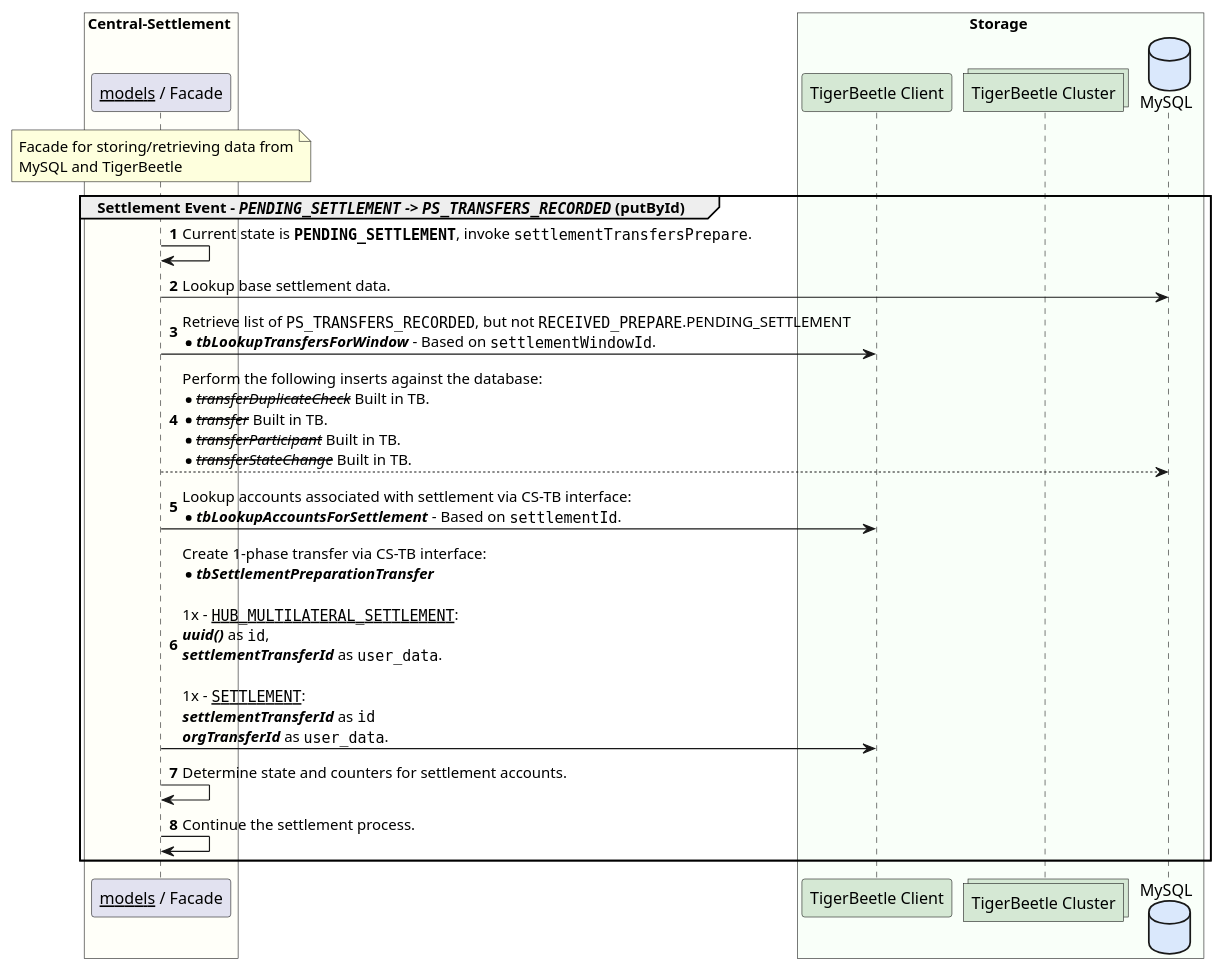
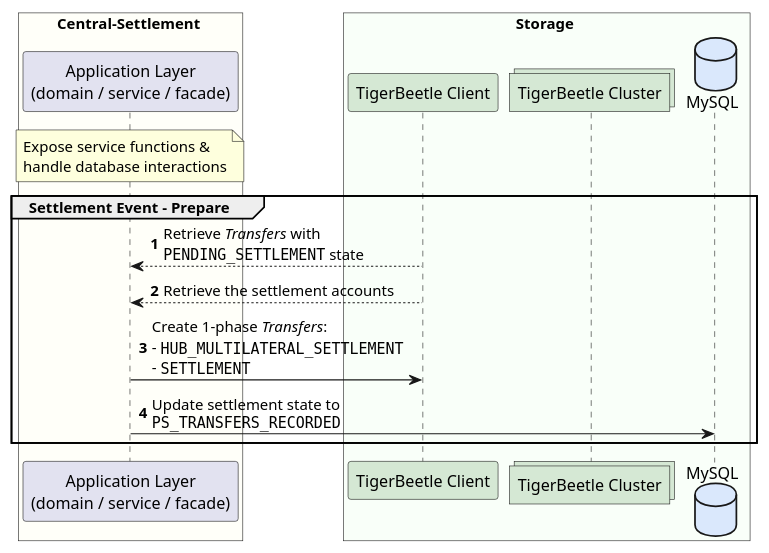
The diagram in solution_design/sequence-settlement-tb-enabled-update-by-id-01.puml (coilhq/mucoa), drawn with PlantUML before and after one commit. The commit also changed 28 other files, not shown here.

```diff
--- a/solution_design/sequence-settlement-tb-enabled-update-by-id-01.puml
+++ b/solution_design/sequence-settlement-tb-enabled-update-by-id-01.puml
@@ -1,30 +1,32 @@
 @startuml
 
 box Central-Settlement #FFFFF9
-    participant "__models__ / Facade" as cs_facade
+    participant "Application Layer\n(domain / service / facade)" as cs_domain
 
-    note over cs_facade
-        Facade for storing/retrieving data from
-        MySQL and TigerBeetle
+    note over cs_domain
+        Expose service functions &
+        handle database interactions
     end note
 end box
 
 box Storage #F9FFF9
 	participant "TigerBeetle Client" as tb_client #D5E8D4
 	collections "TigerBeetle Cluster" as tb_nodes #D5E8D4
-	database "MySQL" as cl_db #DAE8FC
+	database "MySQL" as cs_db #DAE8FC
 end box
 
 autonumber
-group Settlement Event - //""PENDING_SETTLEMENT"" -> ""PS_TRANSFERS_RECORDED""// (putById)
-    cs_facade -> cs_facade : Current state is **""PENDING_SETTLEMENT""**, invoke ""settlementTransfersPrepare"".
-    cs_facade -> cl_db : Lookup base settlement data.
-    cs_facade -> tb_client : Retrieve list of ""PS_TRANSFERS_RECORDED"", but not ""RECEIVED_PREPARE"".PENDING_SETTLEMENT \n*//**tbLookupTransfersForWindow**// - Based on ""settlementWindowId"".
-    cs_facade --> cl_db : Perform the following inserts against the database:\n*--//transferDuplicateCheck//-- Built in TB.\n*--//transfer//-- Built in TB.\n*--//transferParticipant//-- Built in TB.\n*--//transferStateChange//-- Built in TB.
-    cs_facade -> tb_client : Lookup accounts associated with settlement via CS-TB interface:\n*//**tbLookupAccountsForSettlement**// - Based on ""settlementId"".
-    cs_facade -> tb_client : Create 1-phase transfer via CS-TB interface:\n*//**tbSettlementPreparationTransfer**//\n\n1x - __""HUB_MULTILATERAL_SETTLEMENT""__:\n**//uuid()//** as ""id"",\n**//settlementTransferId//** as ""user_data"".\n\n1x - __""SETTLEMENT""__:\n**//settlementTransferId//** as ""id""\n**//orgTransferId//** as ""user_data"".
-    cs_facade -> cs_facade : Determine state and counters for settlement accounts.
-    cs_facade -> cs_facade : Continue the settlement process.
+group Settlement Event - Prepare
+'group settlementTransfersPrepare Event
+    cs_domain <-- tb_client : Retrieve //Transfers// with \n""PENDING_SETTLEMENT"" state
+    'cs_domain -> tb_client : Retrieve list of ""PS_TRANSFERS_RECORDED"", but not ""RECEIVED_PREPARE"".PENDING_SETTLEMENT \n*//**tbLookupTransfersForWindow**// - Based on ""settlementWindowId"".
+    cs_domain <-- tb_client : Retrieve the settlement accounts
+    cs_domain -> tb_client : Create 1-phase //Transfers//:\n- ""HUB_MULTILATERAL_SETTLEMENT""\n- ""SETTLEMENT""
+    cs_domain -> cs_db : Update settlement state to \n""PS_TRANSFERS_RECORDED""
+    'cs_domain -> tb_client : Create 1-phase transfer via CS-TB interface:\n*//**tbSettlementPreparationTransfer**//\n\n1x - __""HUB_MULTILATERAL_SETTLEMENT""__:\n**//uuid()//** as ""id"",\n**//settlementTransferId//** as ""user_data"".\n\n1x - __""SETTLEMENT""__:\n**//settlementTransferId//** as ""id""\n**//orgTransferId//** as ""user_data"".
+    'cs_domain -> cs_domain : Update settlement state to \n""PS_TRANSFERS_RECORDED""
+    'cs_domain -> cs_domain : Determine state and counters for settlement accounts.
+    'cs_domain -> cs_domain : Continue the settlement process.
 end
 
 @enduml
```
